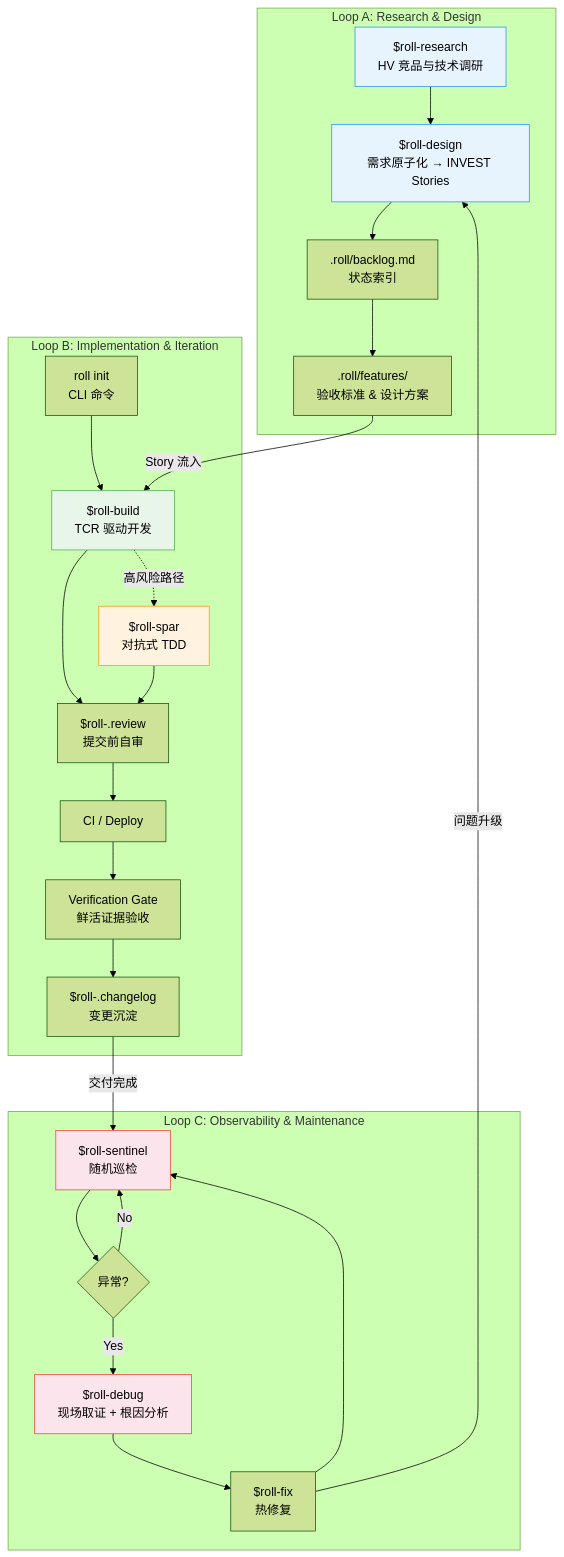
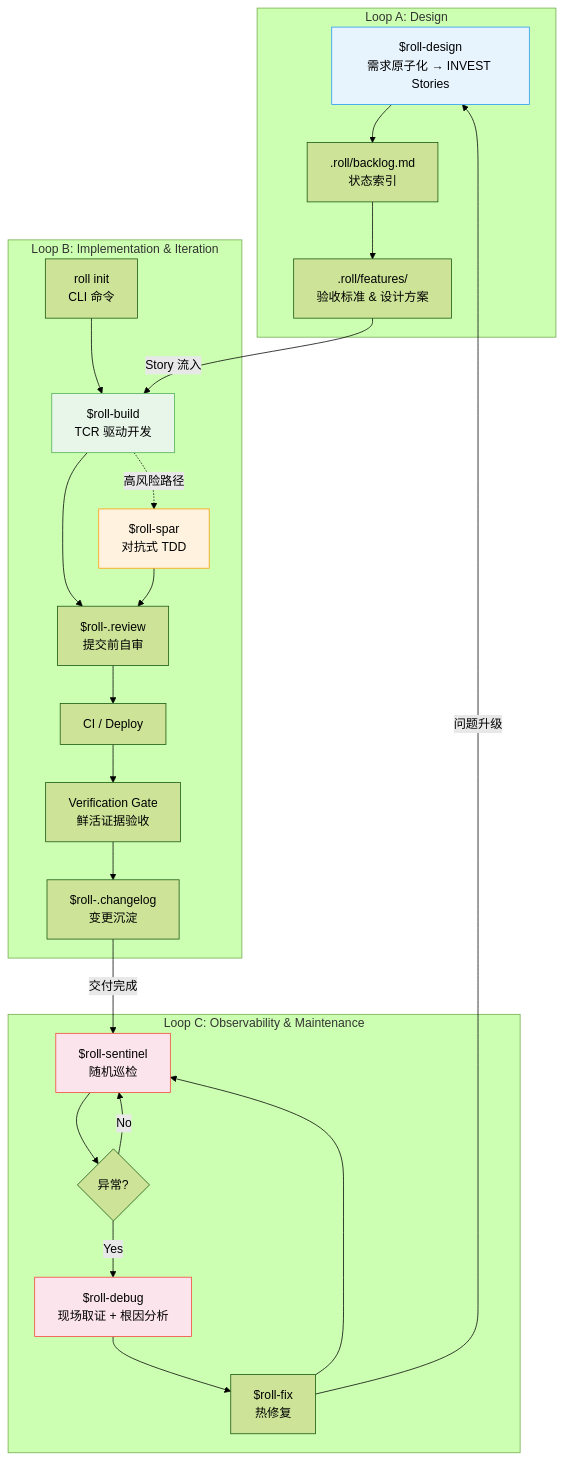
The first of 2 diagrams in guide/zh/methodology.md (seanyao/roll), drawn with Mermaid (forest theme) before and after one commit. The commit also changed other lines of this file and 14 other files, not shown here.

First line of the commit message:
Chore: remove roll-research skill + drop README acknowledgments

````diff
--- a/guide/zh/methodology.md
+++ b/guide/zh/methodology.md
@@ -24,37 +24,35 @@
 ```mermaid
 graph TB
-    subgraph "Loop A: Research & Design"
-        A1["$roll-research<br/>HV 竞品与技术调研"] --> A2["$roll-design<br/>需求原子化 → INVEST Stories"]
-        A2 --> A3[".roll/backlog.md<br/>状态索引"]
+    subgraph "Loop A: Design"
+        A2["$roll-design<br/>需求原子化 → INVEST Stories"] --> A3[".roll/backlog.md<br/>状态索引"]
         A3 --> A4[".roll/features/<br/>验收标准 & 设计方案"]
     end
 
     subgraph "Loop B: Implementation & Iteration"
         B1["roll init<br/>CLI 命令"] --> B2["$roll-build<br/>TCR 驱动开发"]
         B2 --> B3["$roll-.review<br/>提交前自审"]
         B3 --> B4["CI / Deploy"]
         B4 --> B5["Verification Gate<br/>鲜活证据验收"]
         B5 --> B6["$roll-.changelog<br/>变更沉淀"]
         B2 -.->|高风险路径| B7["$roll-spar<br/>对抗式 TDD"]
         B7 --> B3
     end
 
     subgraph "Loop C: Observability & Maintenance"
         C1["$roll-sentinel<br/>随机巡检"] --> C2{"异常?"}
         C2 -->|Yes| C3["$roll-debug<br/>现场取证 + 根因分析"]
         C3 --> C5["$roll-fix<br/>热修复"]
         C5 --> C1
         C2 -->|No| C1
     end
 
     A4 -->|"Story 流入"| B2
     B6 -->|"交付完成"| C1
     C5 -->|"问题升级"| A2
 
-    style A1 fill:#e8f4fd,stroke:#2196F3
     style A2 fill:#e8f4fd,stroke:#2196F3
     style B2 fill:#e8f5e9,stroke:#4CAF50
     style B7 fill:#fff3e0,stroke:#FF9800
     style C1 fill:#fce4ec,stroke:#F44336
     style C3 fill:#fce4ec,stroke:#F44336
 ```
````
